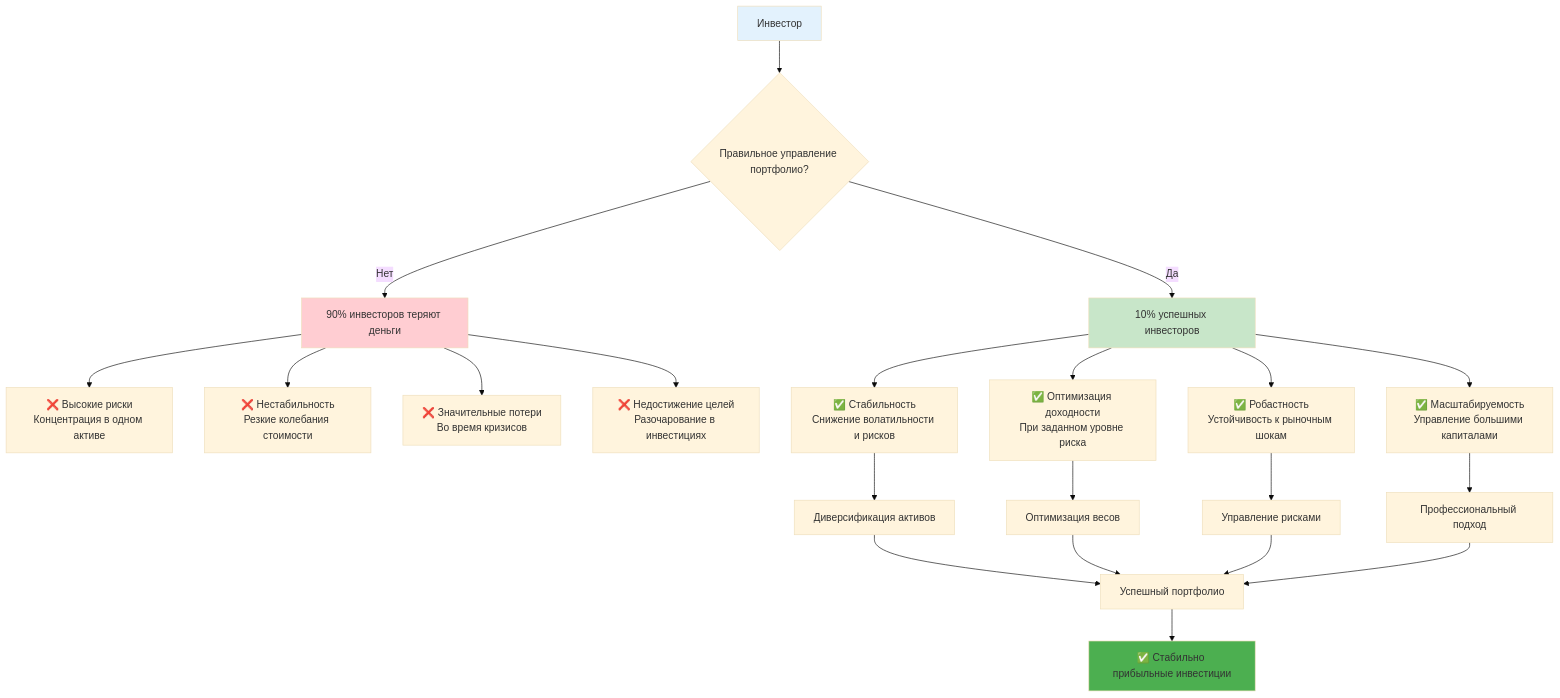
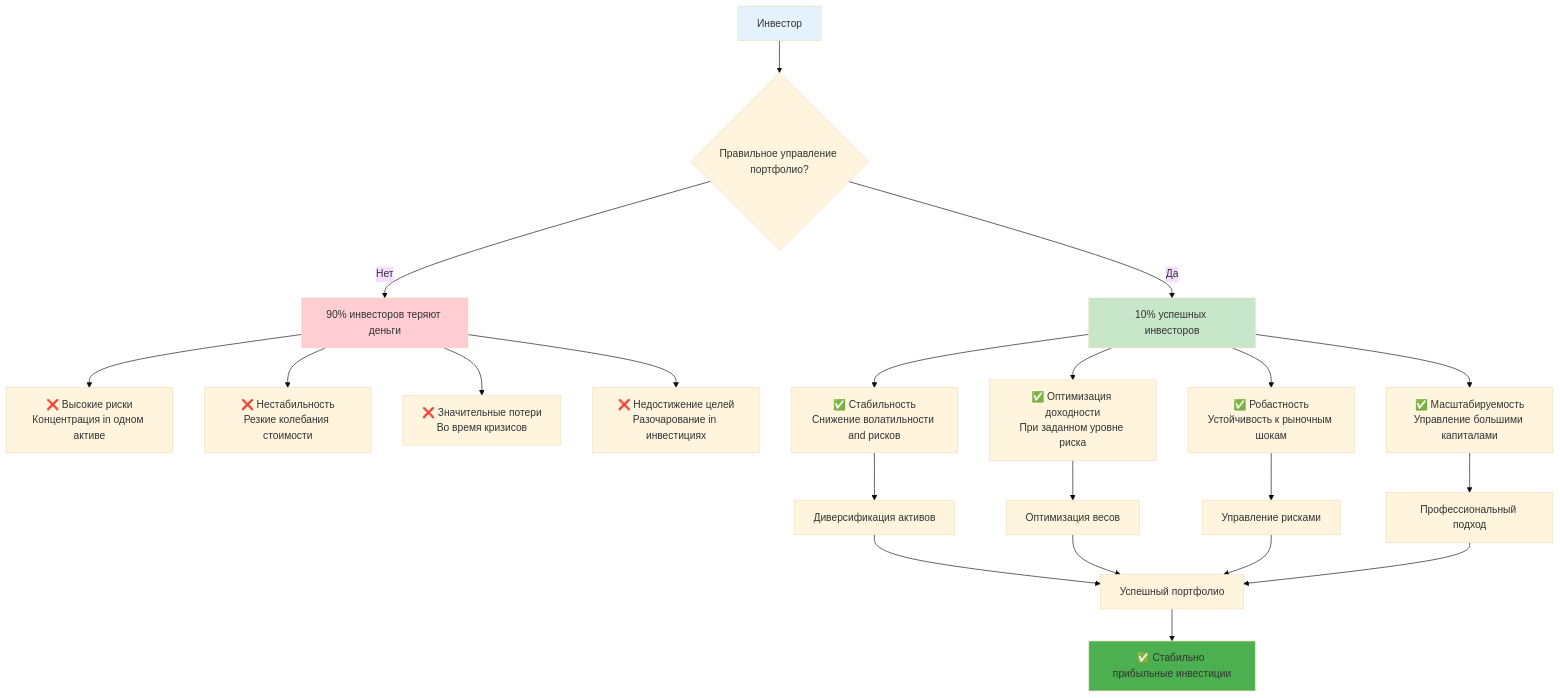
Before and after one commit to NeoZorK/neozork-hld-prediction: the first of 8 diagrams in docs/automl/gluon/32_portfolio_management.md, drawn with Mermaid (base theme). The commit also changed other lines of this file and 19 other files, not shown here.

````diff
--- a/docs/automl/gluon/32_portfolio_management.md
+++ b/docs/automl/gluon/32_portfolio_management.md
@@ -10,33 +10,33 @@
 ```mermaid
 graph TD
-    A[Инвестор] --> B{Правильное управление портфолио?}
-    
-    B -->|Нет| C[90% инвесторов теряют деньги]
-    C --> D[❌ Высокие риски<br/>Концентрация в одном активе]
-    C --> E[❌ Нестабильность<br/>Резкие колебания стоимости]
-    C --> F[❌ Значительные потери<br/>Во время кризисов]
-    C --> G[❌ Недостижение целей<br/>Разочарование в инвестициях]
-    
-    B -->|Да| H[10% успешных инвесторов]
-    H --> I[✅ Стабильность<br/>Снижение волатильности и рисков]
-    H --> J[✅ Оптимизация доходности<br/>При заданном уровне риска]
-    H --> K[✅ Робастность<br/>Устойчивость к рыночным шокам]
-    H --> L[✅ Масштабируемость<br/>Управление большими капиталами]
-    
-    I --> M[Диверсификация активов]
-    J --> N[Оптимизация весов]
-    K --> O[Управление рисками]
-    L --> P[Профессиональный подход]
-    
-    M --> Q[Успешный портфолио]
-    N --> Q
-    O --> Q
-    P --> Q
-    
-    Q --> R[✅ Стабильно прибыльные инвестиции]
-    
-    style A fill:#e3f2fd
-    style H fill:#c8e6c9
-    style C fill:#ffcdd2
-    style R fill:#4caf50
+ A[Инвестор] --> B{Правильное управление портфолио?}
+
+ B -->|Нет| C[90% инвесторов теряют деньги]
+ C --> D[❌ Высокие риски<br/>Концентрация in одном активе]
+ C --> E[❌ Нестабильность<br/>Резкие колебания стоимости]
+ C --> F[❌ Значительные потери<br/>Во время кризисов]
+ C --> G[❌ Недостижение целей<br/>Разочарование in инвестициях]
+
+ B -->|Да| H[10% успешных инвесторов]
+ H --> I[✅ Стабильность<br/>Снижение волатильности and рисков]
+ H --> J[✅ Оптимизация доходности<br/>При заданном уровне риска]
+ H --> K[✅ Робастность<br/>Устойчивость к рыночным шокам]
+ H --> L[✅ Масштабируемость<br/>Управление большими капиталами]
+
+ I --> M[Диверсификация активов]
+ J --> N[Оптимизация весов]
+ K --> O[Управление рисками]
+ L --> P[Профессиональный подход]
+
+ M --> Q[Успешный портфолио]
+ N --> Q
+ O --> Q
+ P --> Q
+
+ Q --> R[✅ Стабильно прибыльные инвестиции]
+
+ style A fill:#e3f2fd
+ style H fill:#c8e6c9
+ style C fill:#ffcdd2
+ style R fill:#4caf50
 ```
````
